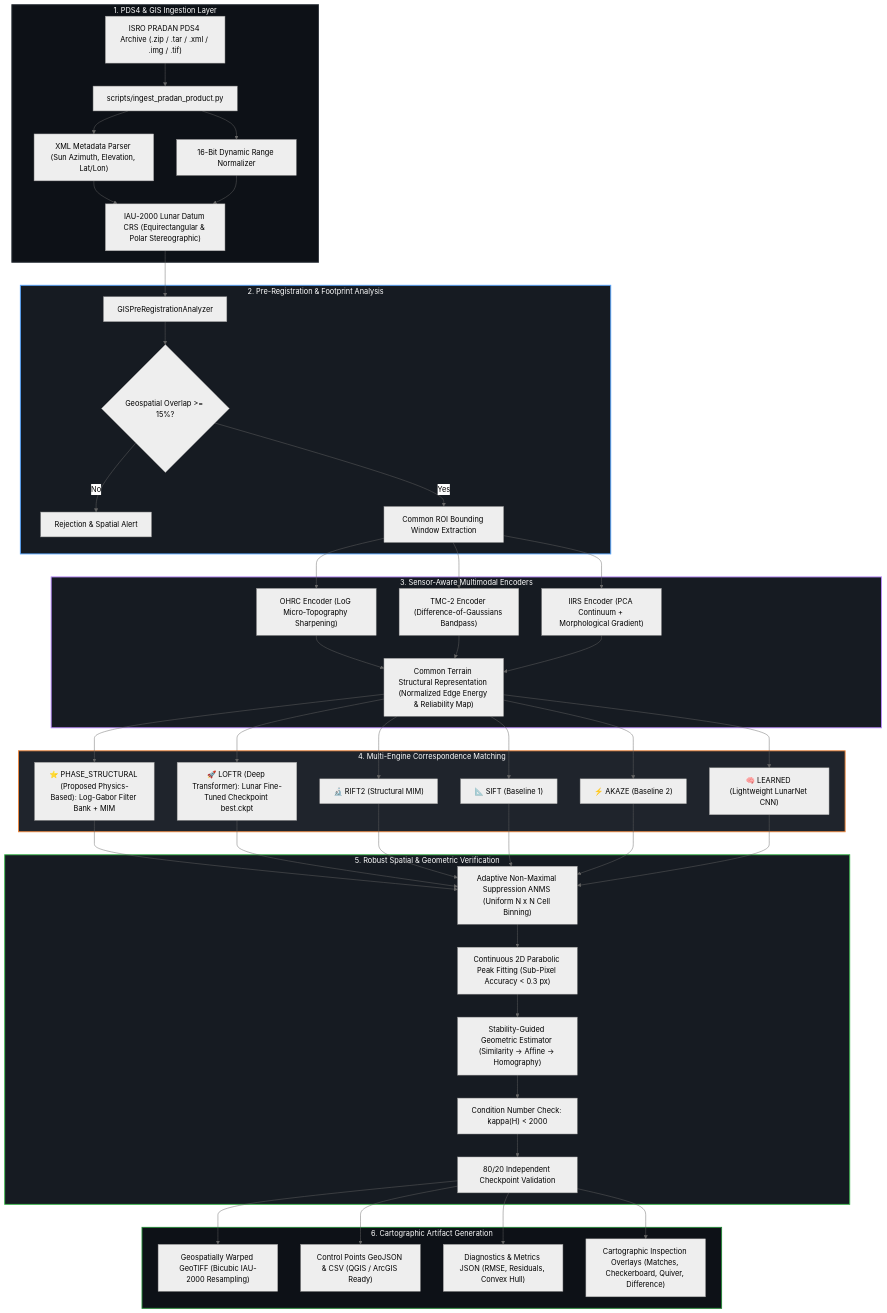
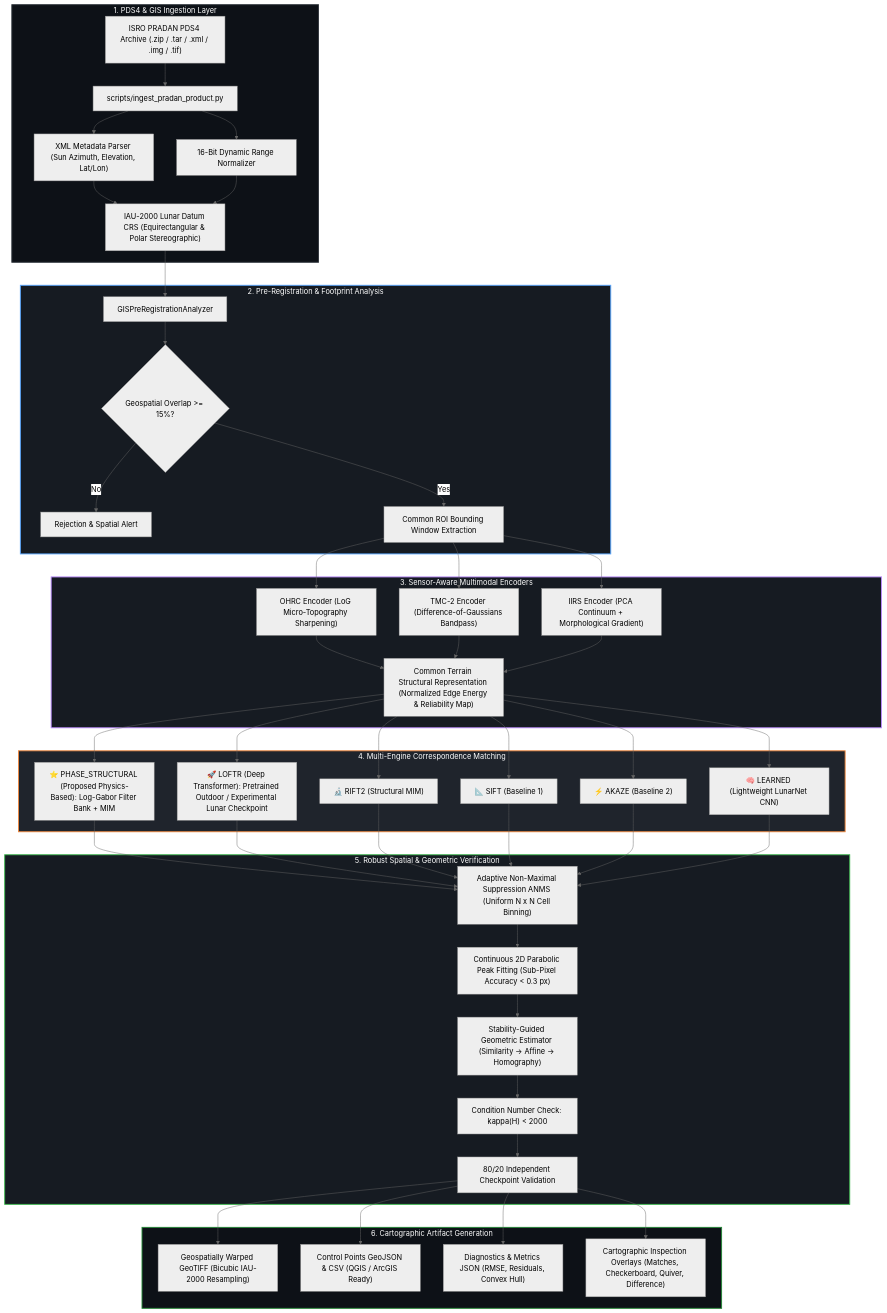
One commit to Myparadox-creator/LunarRegX changed the first of 2 diagrams in README.md. Above: the diagram before and after it, drawn with Mermaid (neutral theme). The commit also changed other lines of this file and 3 other files, not shown here.

Commit message:
docs(loftr): honestly document LoFTR pretrained weights and experimental training status

````diff
--- a/README.md
+++ b/README.md
@@ -56,54 +56,54 @@
 ```mermaid
 flowchart TD
     subgraph INGESTION ["1. PDS4 & GIS Ingestion Layer"]
         A["ISRO PRADAN PDS4 Archive (.zip / .tar / .xml / .img / .tif)"] --> B["scripts/ingest_pradan_product.py"]
         B --> C["XML Metadata Parser (Sun Azimuth, Elevation, Lat/Lon)"]
         B --> D["16-Bit Dynamic Range Normalizer"]
         C & D --> E["IAU-2000 Lunar Datum CRS (Equirectangular & Polar Stereographic)"]
     end
 
     subgraph PRE_REG ["2. Pre-Registration & Footprint Analysis"]
         E --> F["GISPreRegistrationAnalyzer"]
         F --> G{"Geospatial Overlap >= 15%?"}
         G -- No --> H["Rejection & Spatial Alert"]
         G -- Yes --> I["Common ROI Bounding Window Extraction"]
     end
 
     subgraph MULTIMODAL ["3. Sensor-Aware Multimodal Encoders"]
         I --> J1["OHRC Encoder (LoG Micro-Topography Sharpening)"]
         I --> J2["TMC-2 Encoder (Difference-of-Gaussians Bandpass)"]
         I --> J3["IIRS Encoder (PCA Continuum + Morphological Gradient)"]
         J1 & J2 & J3 --> K["Common Terrain Structural Representation (Normalized Edge Energy & Reliability Map)"]
     end
 
     subgraph CORRESPONDENCE ["4. Multi-Engine Correspondence Matching"]
         K --> L1["⭐ PHASE_STRUCTURAL (Proposed Physics-Based): Log-Gabor Filter Bank + MIM"]
-        K --> L2["🚀 LOFTR (Deep Transformer): Lunar Fine-Tuned Checkpoint best.ckpt"]
+        K --> L2["🚀 LOFTR (Deep Transformer): Pretrained Outdoor / Experimental Lunar Checkpoint"]
         K --> L3["🔬 RIFT2 (Structural MIM)"]
         K --> L4["📐 SIFT (Baseline 1)"]
         K --> L5["⚡ AKAZE (Baseline 2)"]
         K --> L6["🧠 LEARNED (Lightweight LunarNet CNN)"]
     end
 
     subgraph GEOMETRY ["5. Robust Spatial & Geometric Verification"]
         L1 & L2 & L3 & L4 & L5 & L6 --> M["Adaptive Non-Maximal Suppression ANMS (Uniform N x N Cell Binning)"]
         M --> N["Continuous 2D Parabolic Peak Fitting (Sub-Pixel Accuracy < 0.3 px)"]
         N --> O["Stability-Guided Geometric Estimator (Similarity -> Affine -> Homography)"]
         O --> P["Condition Number Check: kappa(H) < 2000"]
         P --> Q["80/20 Independent Checkpoint Validation"]
     end
 
     subgraph EXPORT ["6. Cartographic Artifact Generation"]
         Q --> R1["Geospatially Warped GeoTIFF (Bicubic IAU-2000 Resampling)"]
         Q --> R2["Control Points GeoJSON & CSV (QGIS / ArcGIS Ready)"]
         Q --> R3["Diagnostics & Metrics JSON (RMSE, Residuals, Convex Hull)"]
         Q --> R4["Cartographic Inspection Overlays (Matches, Checkerboard, Quiver, Difference)"]
     end
 
     style INGESTION fill:#0d1117,stroke:#30363d,stroke-width:2px,color:#fff
     style PRE_REG fill:#161b22,stroke:#58a6ff,stroke-width:2px,color:#fff
     style MULTIMODAL fill:#161b22,stroke:#bc8cff,stroke-width:2px,color:#fff
     style CORRESPONDENCE fill:#1f242c,stroke:#f0883e,stroke-width:2px,color:#fff
     style GEOMETRY fill:#161b22,stroke:#3fb950,stroke-width:2px,color:#fff
     style EXPORT fill:#0d1117,stroke:#238636,stroke-width:2px,color:#fff
 ```
````
